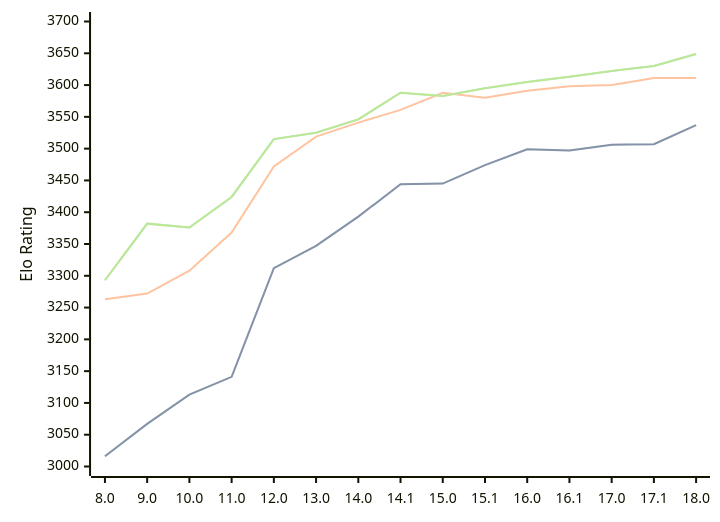
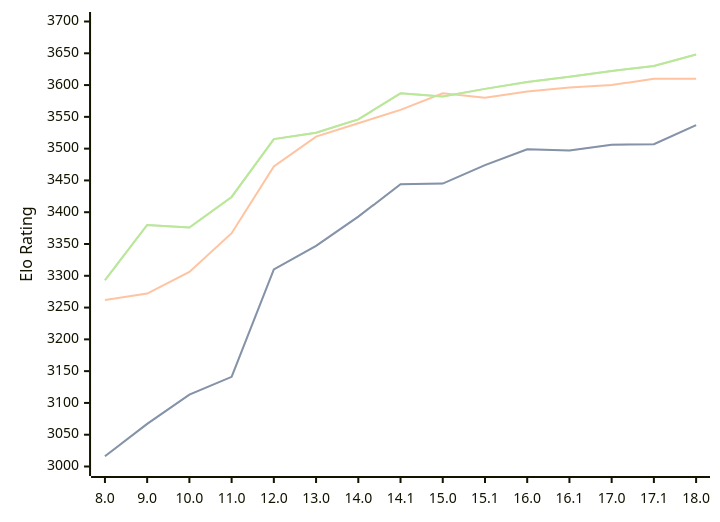
Before and after one commit to computer-chess-index/cci: the diagram in engines/Stockfish.md, drawn with Mermaid. The commit also changed other lines of this file, not shown here.

Commit message:
Update CCI Ratings (ELO VLTC) - 2026-03-19

````diff
--- a/engines/Stockfish.md
+++ b/engines/Stockfish.md
@@ -44,11 +46,11 @@
 ```mermaid
 %%{init: {"theme":"base","themeVariables":{"seriesColors:['#a3a3a3','#222221','#faa371']}}}%%
 xychart-beta
   x-axis ["8.0", "9.0", "10.0", "11.0", "12.0", "13.0", "14.0", "14.1", "15.0", "15.1", "16.0", "16.1", "17.0", "17.1", "18.0"]
   y-axis "Elo Rating" 3000 --> 3700
-  line "STC (8.0+0.08s)" [3016, 3067, 3113, 3141, 3312, 3347, 3393, 3444, 3445, 3474, 3499, 3497, 3506, 3507, 3537]
-  line "STC (8.0+0.08s)" [3016, 3067, 3113, 3141, 3312, 3347, 3393, 3444, 3445, 3474, 3499, 3497, 3506, 3507, 3537]
-  line "LTC (60.0+0.60s)" [3263, 3272, 3308, 3368, 3472, 3519, 3541, 3561, 3588, 3580, 3591, 3598, 3600, 3611, 3611]
-  line "VLTC (2m24s+1.12s)" [3293, 3382, 3376, 3424, 3515, 3525, 3546, 3588, 3583, 3595, 3605, 3613, 3622, 3630, 3649]
-  line "VLTC (2m24s+1.12s)" [3293, 3382, 3376, 3424, 3515, 3525, 3546, 3588, 3583, 3595, 3605, 3613, 3622, 3630, 3649]
+  line "STC (8.0+0.08s)" [3016, 3067, 3113, 3141, 3310, 3347, 3393, 3444, 3445, 3474, 3499, 3497, 3506, 3507, 3537]
+  line "STC (8.0+0.08s)" [3016, 3067, 3113, 3141, 3310, 3347, 3393, 3444, 3445, 3474, 3499, 3497, 3506, 3507, 3537]
+  line "LTC (60.0+0.60s)" [3262, 3272, 3306, 3367, 3472, 3519, 3540, 3561, 3587, 3580, 3590, 3596, 3600, 3610, 3610]
+  line "VLTC (2m24s+1.12s)" [3293, 3380, 3376, 3424, 3515, 3525, 3546, 3587, 3582, 3594, 3605, 3613, 3622, 3630, 3648]
+  line "VLTC (2m24s+1.12s)" [3293, 3380, 3376, 3424, 3515, 3525, 3546, 3587, 3582, 3594, 3605, 3613, 3622, 3630, 3648]
 ```
````
